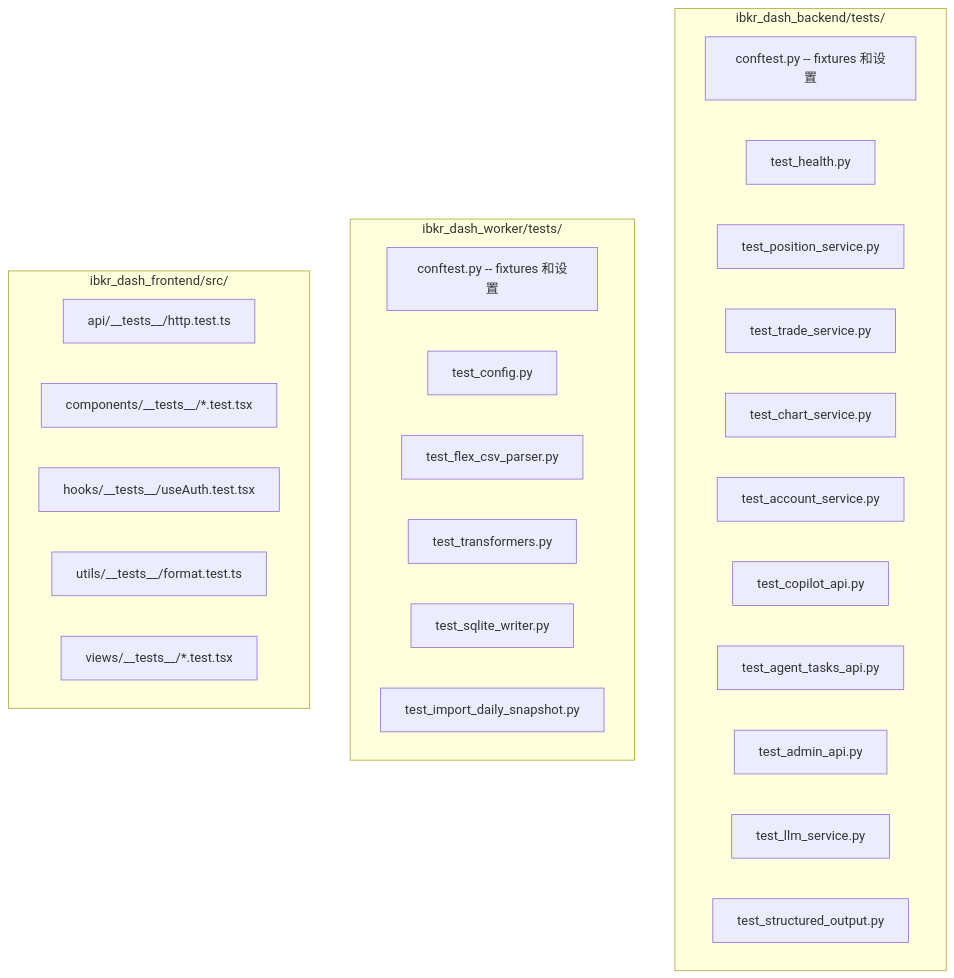
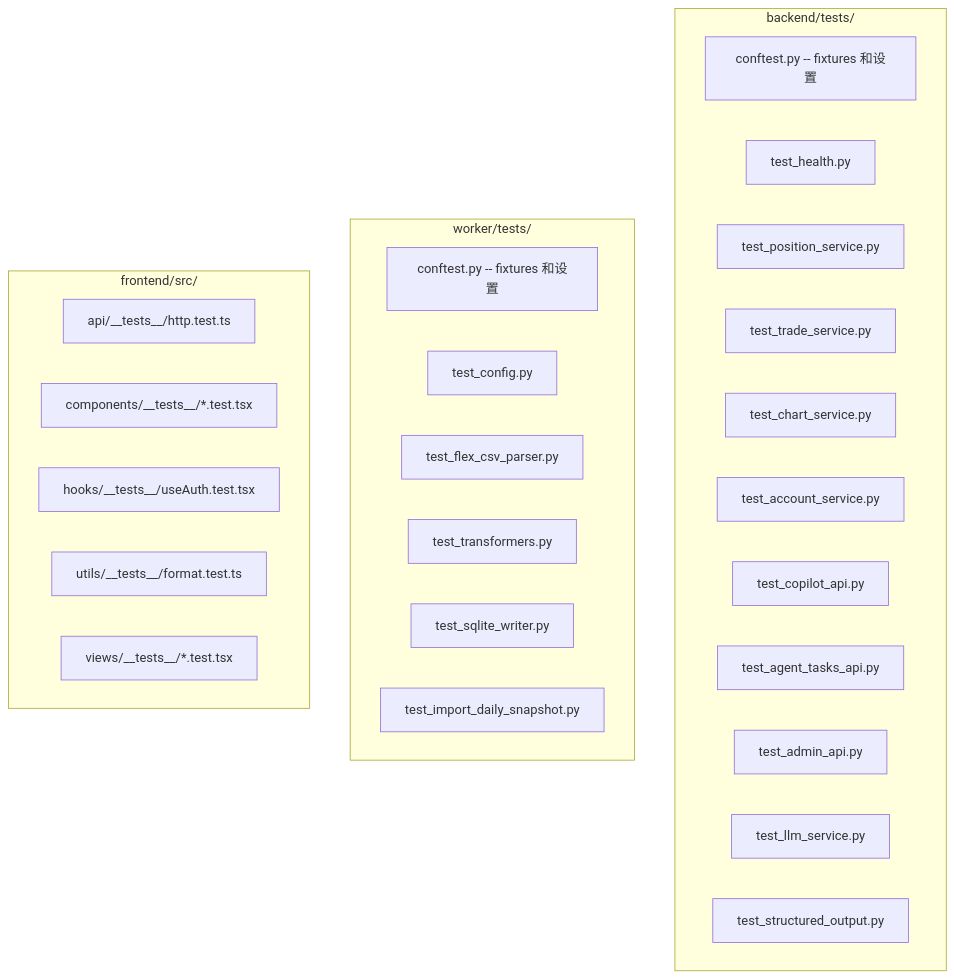
The diagram in docs/i18n/zh-CN/docusaurus-plugin-content-docs/current/dev/testing.md (XUranus/ibkr-dash), drawn with Mermaid before and after one commit. The commit also changed other lines of this file and 373 other files, not shown here.

First line of the commit message:
refactor: rename ibkr_dash_{backend,frontend,worker} to {backend,frontend,worker}

````diff
--- a/docs/i18n/zh-CN/docusaurus-plugin-content-docs/current/dev/testing.md
+++ b/docs/i18n/zh-CN/docusaurus-plugin-content-docs/current/dev/testing.md
@@ -29,33 +29,33 @@
 ```mermaid
 graph TD
-    subgraph Backend["ibkr_dash_backend/tests/"]
+    subgraph Backend["backend/tests/"]
         B1["conftest.py -- fixtures 和设置"]
         B2["test_health.py"]
         B3["test_position_service.py"]
         B4["test_trade_service.py"]
         B5["test_chart_service.py"]
         B6["test_account_service.py"]
         B7["test_copilot_api.py"]
         B8["test_agent_tasks_api.py"]
         B9["test_admin_api.py"]
         B10["test_llm_service.py"]
         B11["test_structured_output.py"]
     end
 
-    subgraph Worker["ibkr_dash_worker/tests/"]
+    subgraph Worker["worker/tests/"]
         W1["conftest.py -- fixtures 和设置"]
         W2["test_config.py"]
         W3["test_flex_csv_parser.py"]
         W4["test_transformers.py"]
         W5["test_sqlite_writer.py"]
         W6["test_import_daily_snapshot.py"]
     end
 
-    subgraph Frontend["ibkr_dash_frontend/src/"]
+    subgraph Frontend["frontend/src/"]
         F1["api/__tests__/http.test.ts"]
         F2["components/__tests__/*.test.tsx"]
         F3["hooks/__tests__/useAuth.test.tsx"]
         F4["utils/__tests__/format.test.ts"]
         F5["views/__tests__/*.test.tsx"]
     end
 ```
````
